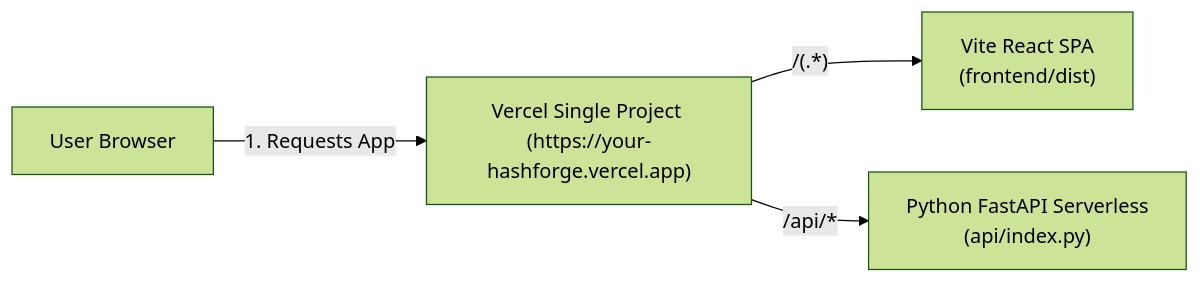
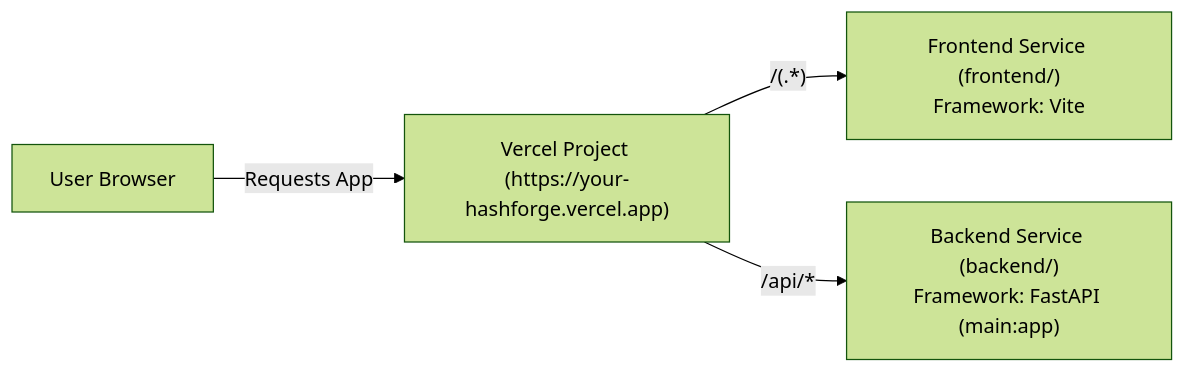
Before and after one commit to DEMOCODE675/HashForge: the diagram in docs/DEPLOYMENT.md, drawn with Mermaid (forest theme). The commit also changed other lines of this file and 10 other files, not shown here.

````diff
--- a/docs/DEPLOYMENT.md
+++ b/docs/DEPLOYMENT.md
@@ -16,11 +16,11 @@
 ```mermaid
 graph LR
     User["User Browser"]
-    Vercel["Vercel Single Project (https://your-hashforge.vercel.app)"]
-    Frontend["Vite React SPA<br/>(frontend/dist)"]
-    Backend["Python FastAPI Serverless<br/>(api/index.py)"]
+    Vercel["Vercel Project (https://your-hashforge.vercel.app)"]
+    Frontend["Frontend Service (frontend/)<br/>Framework: Vite"]
+    Backend["Backend Service (backend/)<br/>Framework: FastAPI (main:app)"]
 
-    User -- "1. Requests App" --> Vercel
+    User -- "Requests App" --> Vercel
     Vercel -- "/(.*)" --> Frontend
     Vercel -- "/api/*" --> Backend
 ```
````
